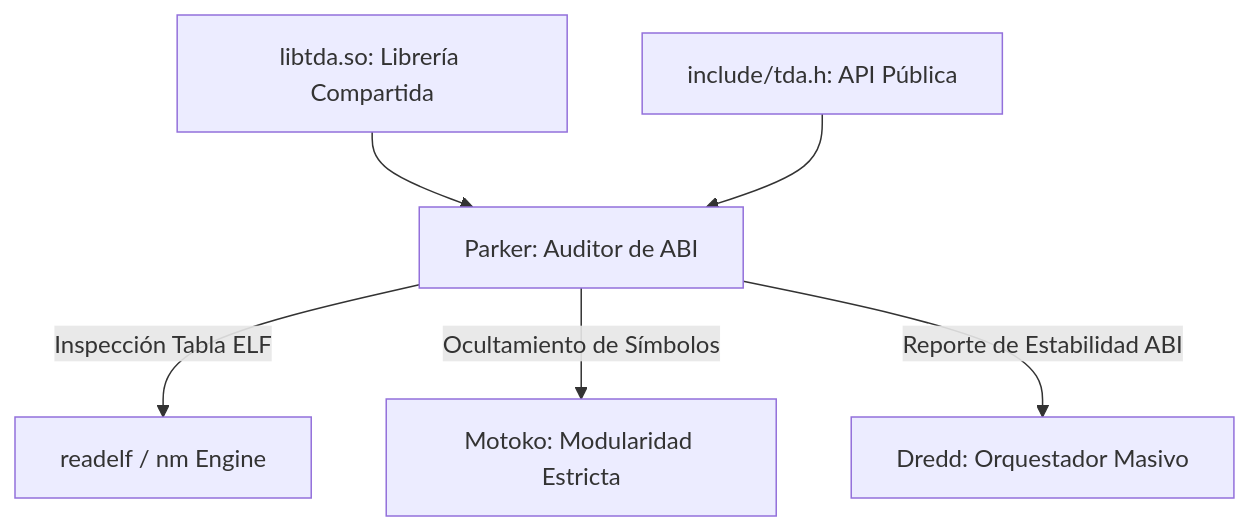
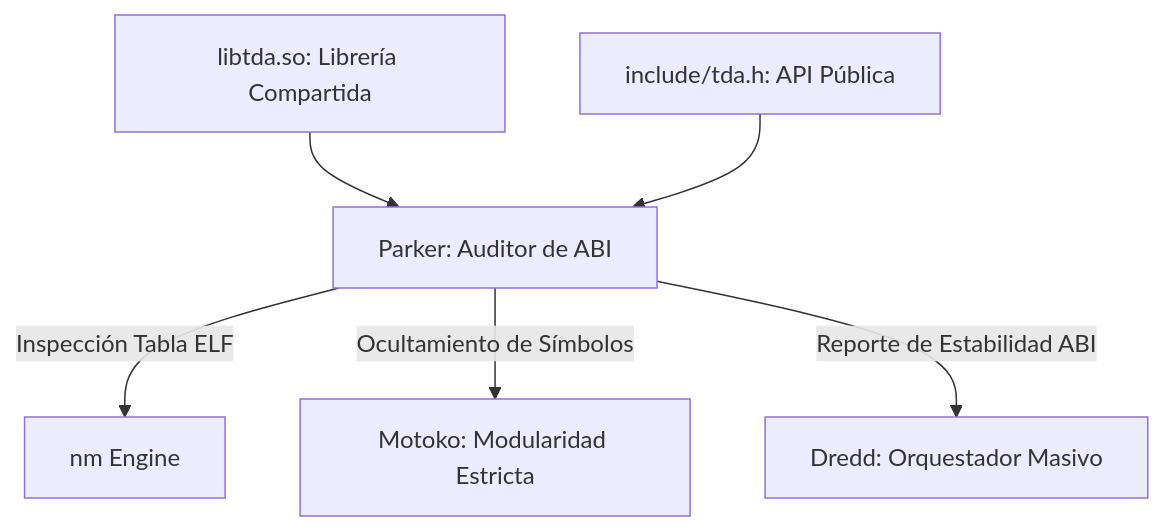
One commit to INGCOM-UNRN-P1/parker changed the diagram in manual/index.md. Above: the diagram before and after it, drawn with Mermaid. The commit also changed other lines of this file and 3 other files, not shown here.

`````diff
--- a/manual/index.md
+++ b/manual/index.md
@@ -323,8 +323,8 @@
 ````{mermaid}
 graph TD
     SO[libtda.so: Librería Compartida] --> PRK[Parker: Auditor de ABI]
     HDR[include/tda.h: API Pública] --> PRK
-    PRK -->|Inspección Tabla ELF| NM[readelf / nm Engine]
+    PRK -->|Inspección Tabla ELF| NM[nm Engine]
     PRK -->|Ocultamiento de Símbolos| MOT[Motoko: Modularidad Estricta]
     PRK -->|Reporte de Estabilidad ABI| DRD[Dredd: Orquestador Masivo]
 ````
`````
